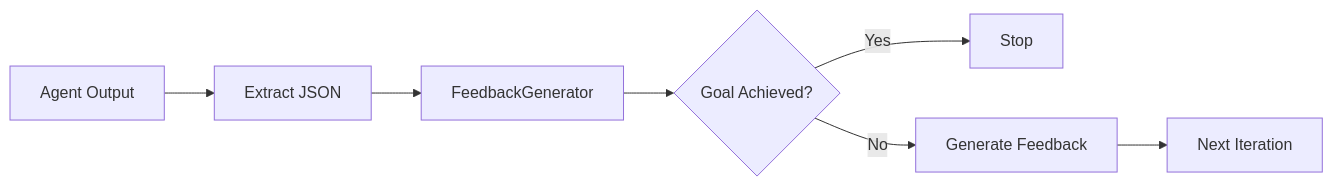
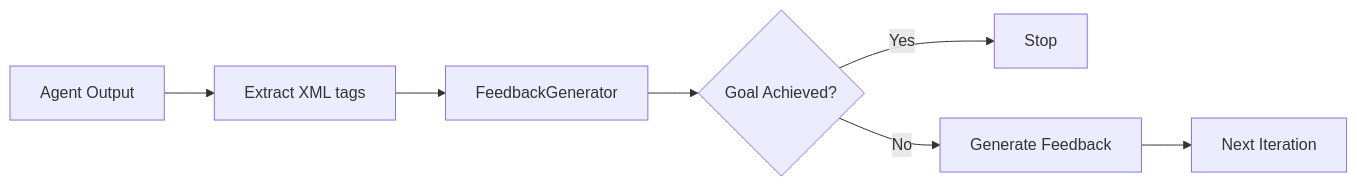
One commit to Leeroo-AI/kapso changed the diagram in docs/evolve/feedback-generator.mdx. Above: the diagram before and after it, drawn with Mermaid. The commit also changed other lines of this file and 14 other files, not shown here.

````diff
--- a/docs/evolve/feedback-generator.mdx
+++ b/docs/evolve/feedback-generator.mdx
@@ -14,9 +12,9 @@
 ```mermaid
 flowchart LR
-    A[Agent Output] --> B[Extract JSON]
+    A[Agent Output] --> B[Extract XML tags]
     B --> C[FeedbackGenerator]
     C --> D{Goal Achieved?}
     D -->|Yes| E[Stop]
     D -->|No| F[Generate Feedback]
     F --> G[Next Iteration]
 ```
````
